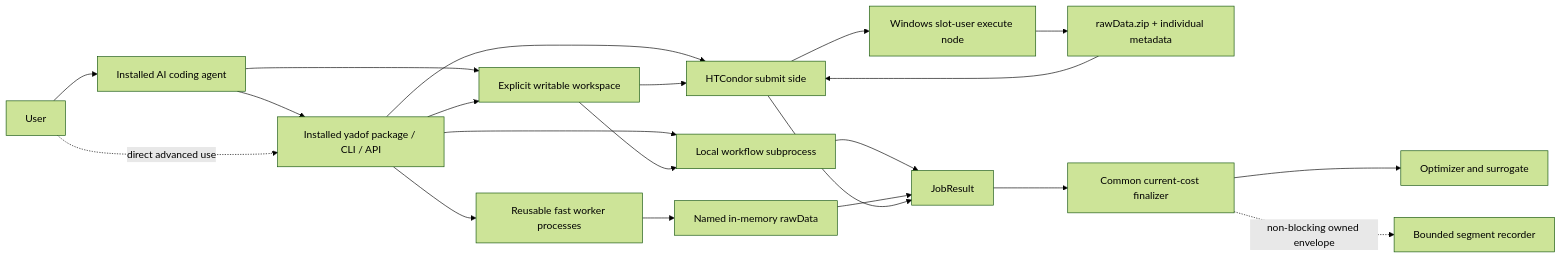
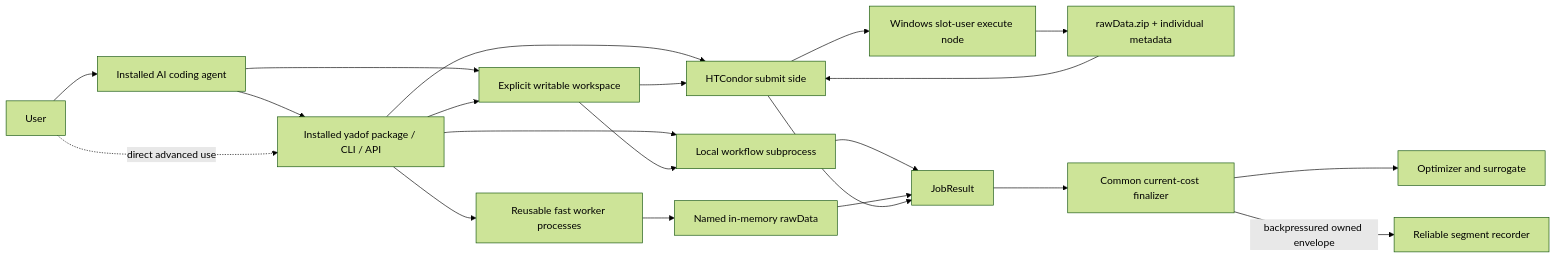
One commit to YS-Pan/yadof changed the diagram in dev_doc/architecture/c4_container.md. Above: the diagram before and after it, drawn with Mermaid (forest theme). The commit also changed other lines of this file and 31 other files, not shown here.

````diff
--- a/dev_doc/architecture/c4_container.md
+++ b/dev_doc/architecture/c4_container.md
@@ -3,23 +3,23 @@
 ```mermaid
 flowchart LR
     User["User"] --> Agent["Installed AI coding agent"]
     Agent --> Package["Installed yadof package / CLI / API"]
     Agent --> Workspace["Explicit writable workspace"]
     User -. direct advanced use .-> Package
     Package --> Workspace
     Package --> Local["Local workflow subprocess"]
     Package --> Fast["Reusable fast worker processes"]
     Package --> Schedd["HTCondor submit side"]
     Schedd --> Worker["Windows slot-user execute node"]
     Workspace --> Local
     Workspace --> Schedd
     Local --> Result["JobResult"]
     Fast --> Memory["Named in-memory rawData"]
     Memory --> Result
     Worker --> Zip["rawData.zip + individual metadata"]
     Zip --> Schedd
     Schedd --> Result
     Result --> Finalizer["Common current-cost finalizer"]
     Finalizer --> Optimizer["Optimizer and surrogate"]
-    Finalizer -. non-blocking owned envelope .-> Records["Bounded segment recorder"]
+    Finalizer -->|backpressured owned envelope| Records["Reliable segment recorder"]
 ```
````
